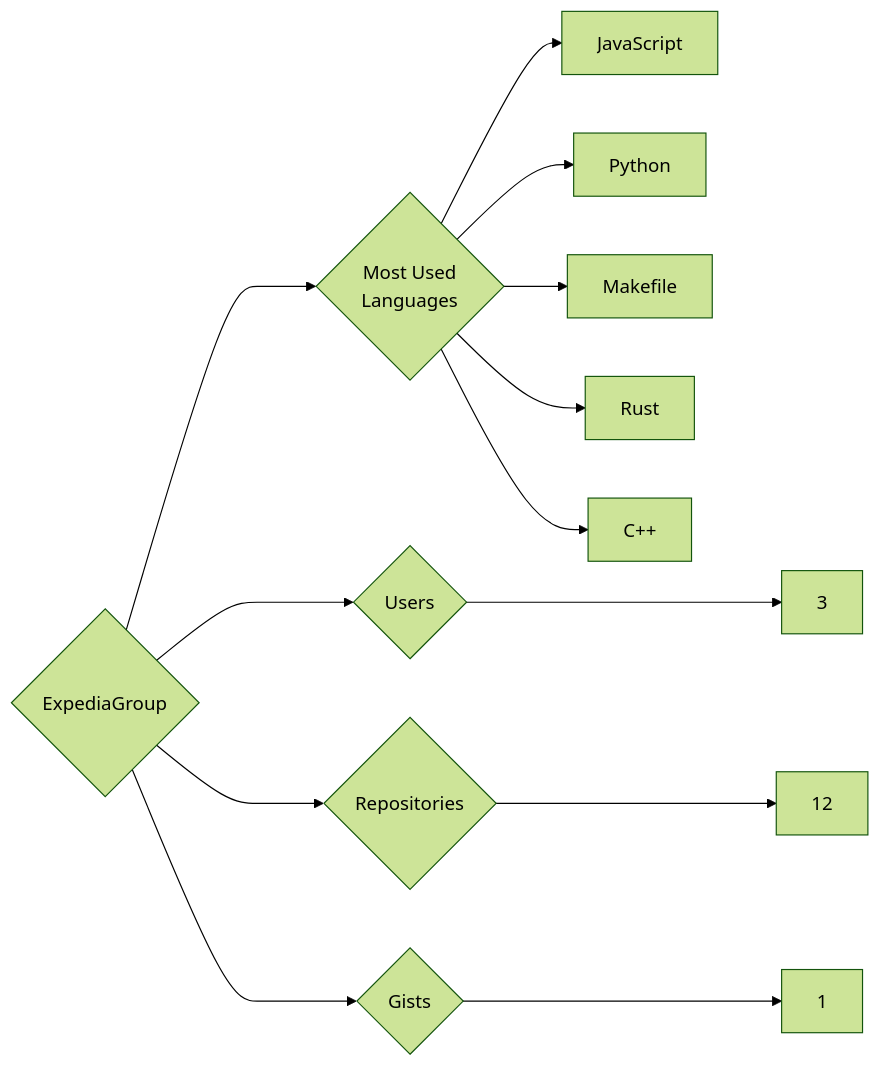
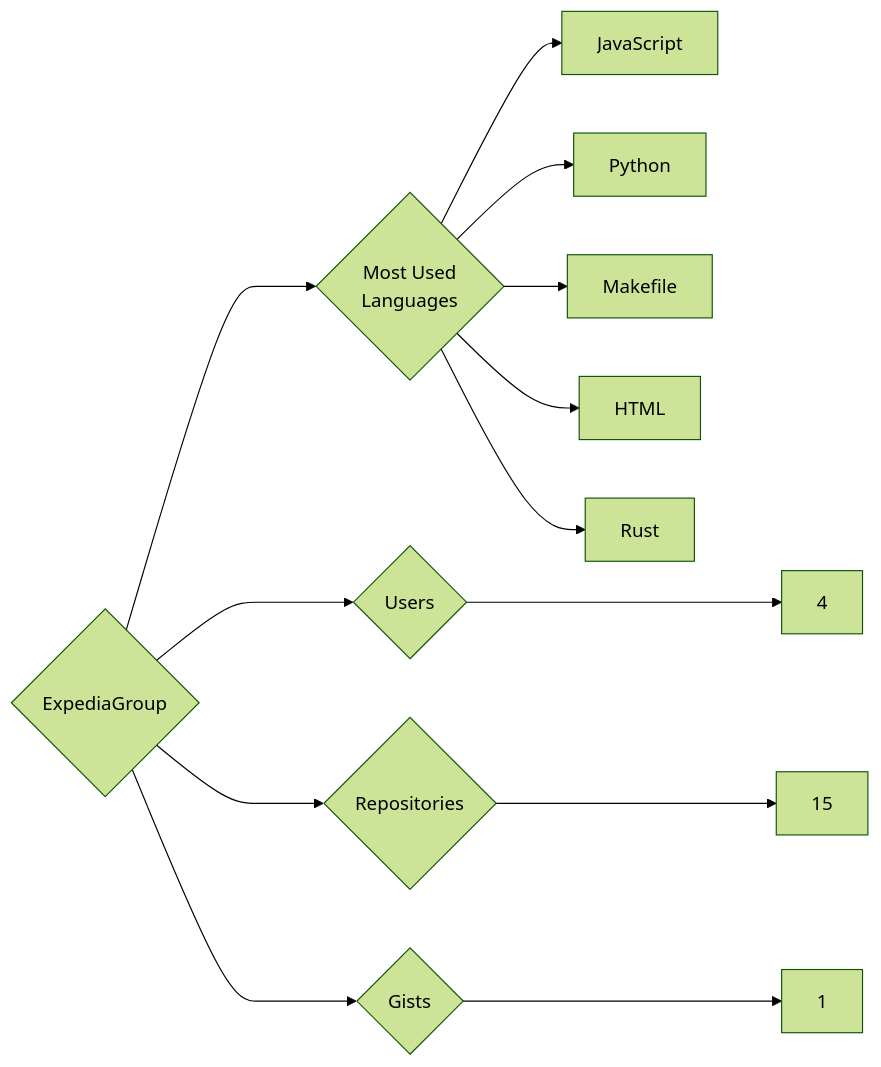
Before and after one commit to trickest/insiders: the diagram in targets/ExpediaGroup/README.md, drawn with Mermaid (forest theme). The commit also changed 857 other files, not shown here.

````diff
--- a/targets/ExpediaGroup/README.md
+++ b/targets/ExpediaGroup/README.md
@@ -3,13 +3,13 @@
 ```mermaid
 graph LR
 COMPANY_NAME{ExpediaGroup}
-COMPANY_NAME ---> U{Users} ---> UN[3]
-COMPANY_NAME ---> R{Repositories} ---> RN[12]
+COMPANY_NAME ---> U{Users} ---> UN[4]
+COMPANY_NAME ---> R{Repositories} ---> RN[15]
 COMPANY_NAME ---> G{Gists} ---> GN[1]
 COMPANY_NAME ---> ML{Most Used<br>Languages}
 ML --> JavaScript[JavaScript]
 ML --> Python[Python]
 ML --> Makefile[Makefile]
+ML --> HTML[HTML]
 ML --> Rust[Rust]
-ML --> C++[C++]
 ```
````
